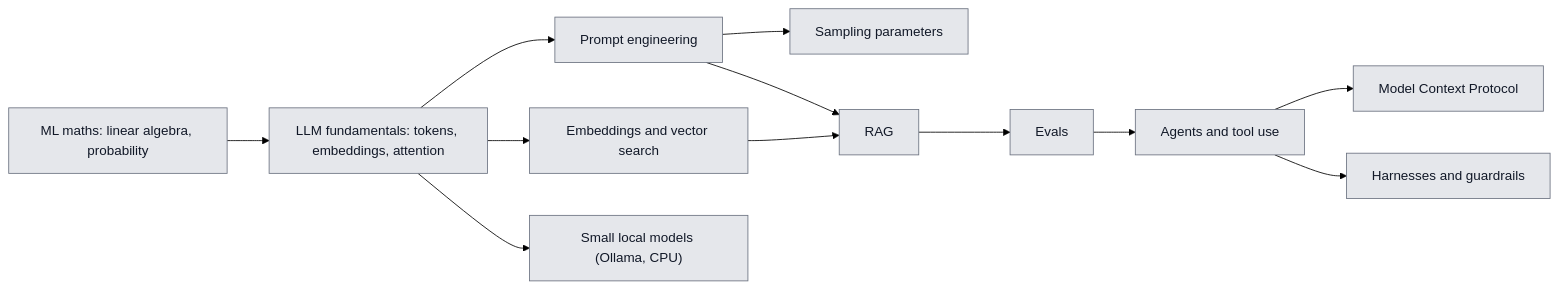
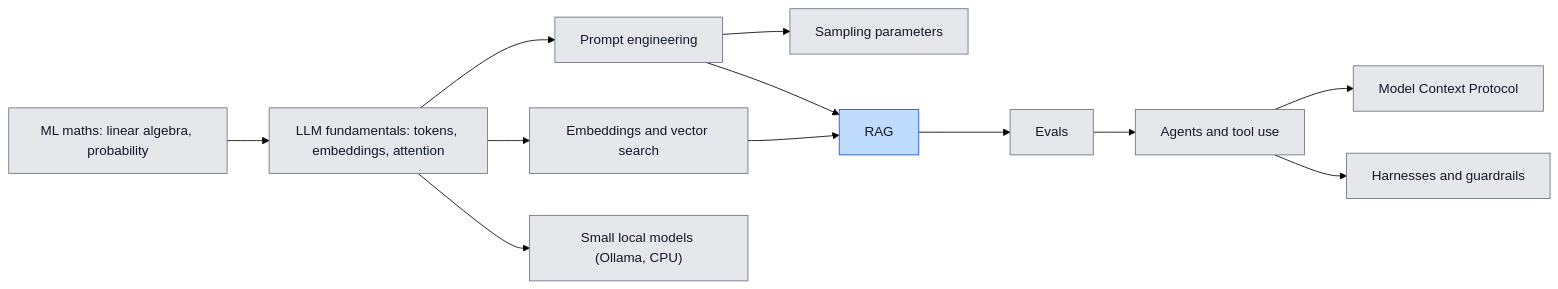
One commit to LasterBergamot/learning-lab changed the diagram in labs/ai/README.md. Above: the diagram before and after it, drawn with Mermaid (forest theme). The commit also changed other lines of this file and 19 other files, not shown here.

````diff
--- a/labs/ai/README.md
+++ b/labs/ai/README.md
@@ -18,31 +18,32 @@
 ```mermaid
 flowchart LR
   ml_math["ML maths: linear algebra, probability"]
   llm_fundamentals["LLM fundamentals: tokens, embeddings, attention"]
   prompt_engineering["Prompt engineering"]
   sampling_parameters["Sampling parameters"]
   vector_search["Embeddings and vector search"]
   rag["RAG"]
   evals["Evals"]
   agents_tool_use["Agents and tool use"]
   mcp["Model Context Protocol"]
   harnesses_guardrails["Harnesses and guardrails"]
   local_models["Small local models (Ollama, CPU)"]
   ml_math --> llm_fundamentals
   llm_fundamentals --> prompt_engineering
   prompt_engineering --> sampling_parameters
   llm_fundamentals --> vector_search
   prompt_engineering --> rag
   vector_search --> rag
   rag --> evals
   evals --> agents_tool_use
   agents_tool_use --> mcp
   agents_tool_use --> harnesses_guardrails
   llm_fundamentals --> local_models
 
   classDef todo fill:#e5e7eb,color:#111827,stroke:#6b7280
   classDef learning fill:#fde68a,color:#111827,stroke:#b45309
   classDef building fill:#bfdbfe,color:#111827,stroke:#1d4ed8
   classDef done fill:#bbf7d0,color:#111827,stroke:#15803d
-  class ml_math,llm_fundamentals,prompt_engineering,sampling_parameters,vector_search,rag,evals,agents_tool_use,mcp,harnesses_guardrails,local_models todo
+  class ml_math,llm_fundamentals,prompt_engineering,sampling_parameters,vector_search,evals,agents_tool_use,mcp,harnesses_guardrails,local_models todo
+  class rag building
 ```
````
